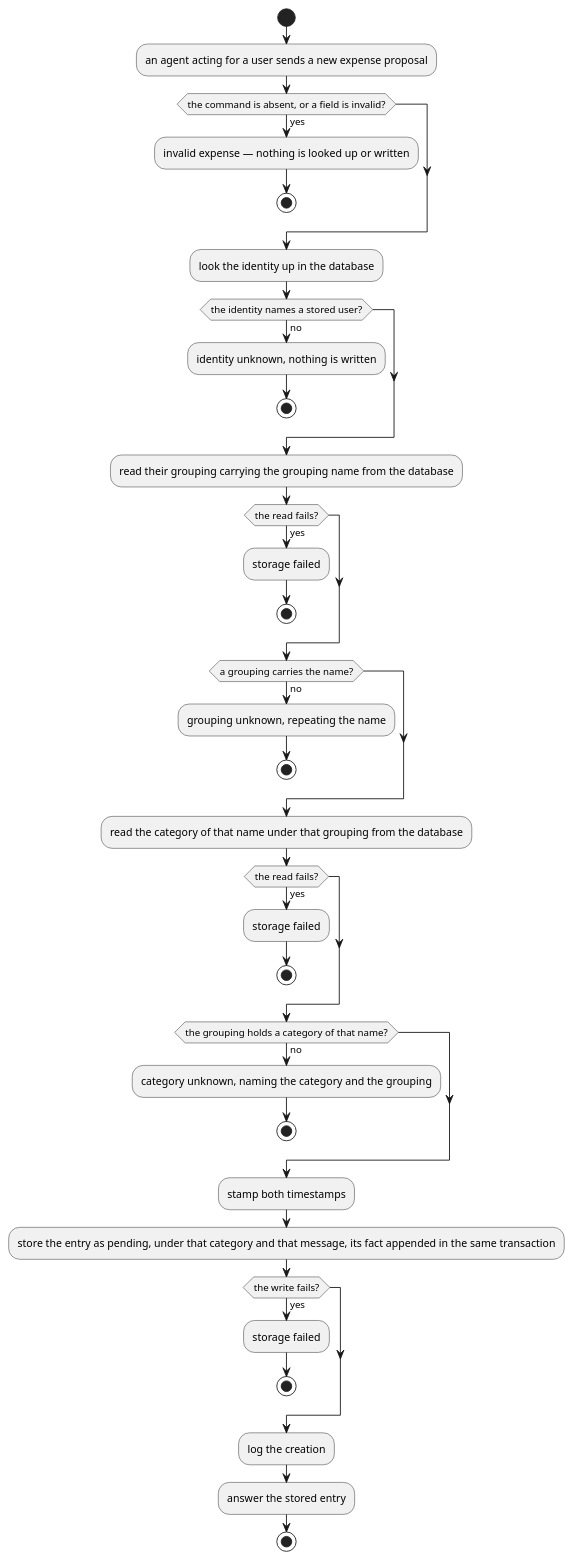
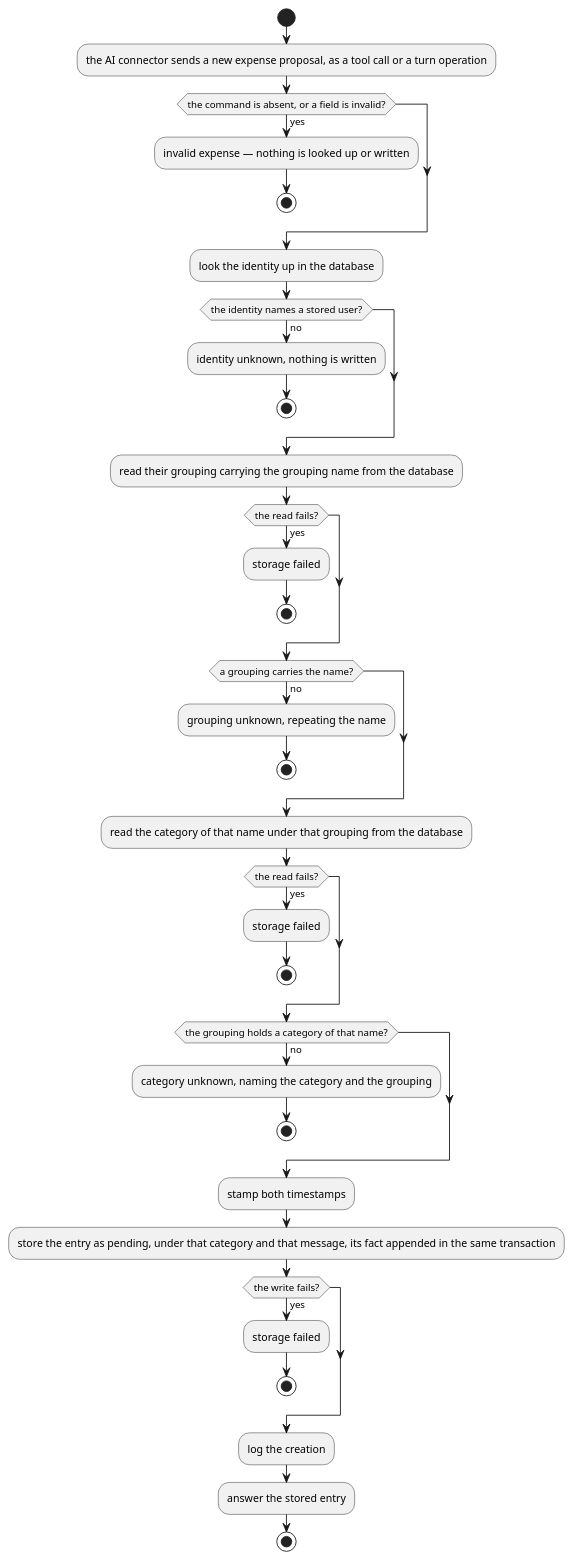
Before and after one commit to ds-usova/finance-bot: the second of 2 diagrams in ledger-service/docs/usecases/create-an-expense-proposal.md, drawn with PlantUML. The commit also changed other lines of this file and 13 other files, not shown here.

````diff
--- a/ledger-service/docs/usecases/create-an-expense-proposal.md
+++ b/ledger-service/docs/usecases/create-an-expense-proposal.md
@@ -94,42 +102,42 @@
 ```plantuml
 @startuml CreateExpenseProposal-Activity
 start
-:an agent acting for a user sends a new expense proposal;
+:the AI connector sends a new expense proposal, as a tool call or a turn operation;
 if (the command is absent, or a field is invalid?) then (yes)
   :invalid expense — nothing is looked up or written;
   stop
 endif
 :look the identity up in the database;
 if (the identity names a stored user?) then (no)
   :identity unknown, nothing is written;
   stop
 endif
 :read their grouping carrying the grouping name from the database;
 if (the read fails?) then (yes)
   :storage failed;
   stop
 endif
 if (a grouping carries the name?) then (no)
   :grouping unknown, repeating the name;
   stop
 endif
 :read the category of that name under that grouping from the database;
 if (the read fails?) then (yes)
   :storage failed;
   stop
 endif
 if (the grouping holds a category of that name?) then (no)
   :category unknown, naming the category and the grouping;
   stop
 endif
 :stamp both timestamps;
 :store the entry as pending, under that category and that message, its fact appended in the same transaction;
 if (the write fails?) then (yes)
   :storage failed;
   stop
 endif
 :log the creation;
 :answer the stored entry;
 stop
 @enduml
 ```
````
